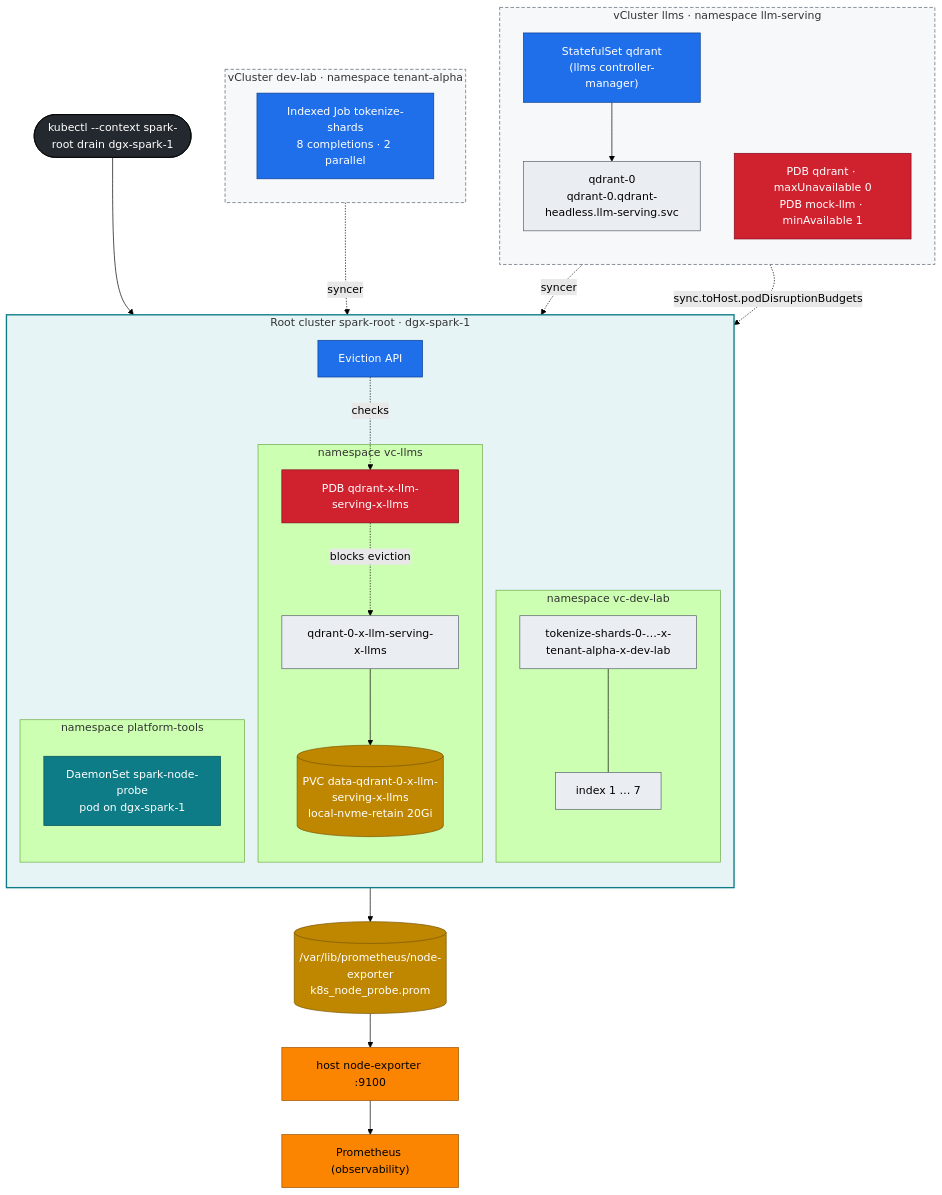
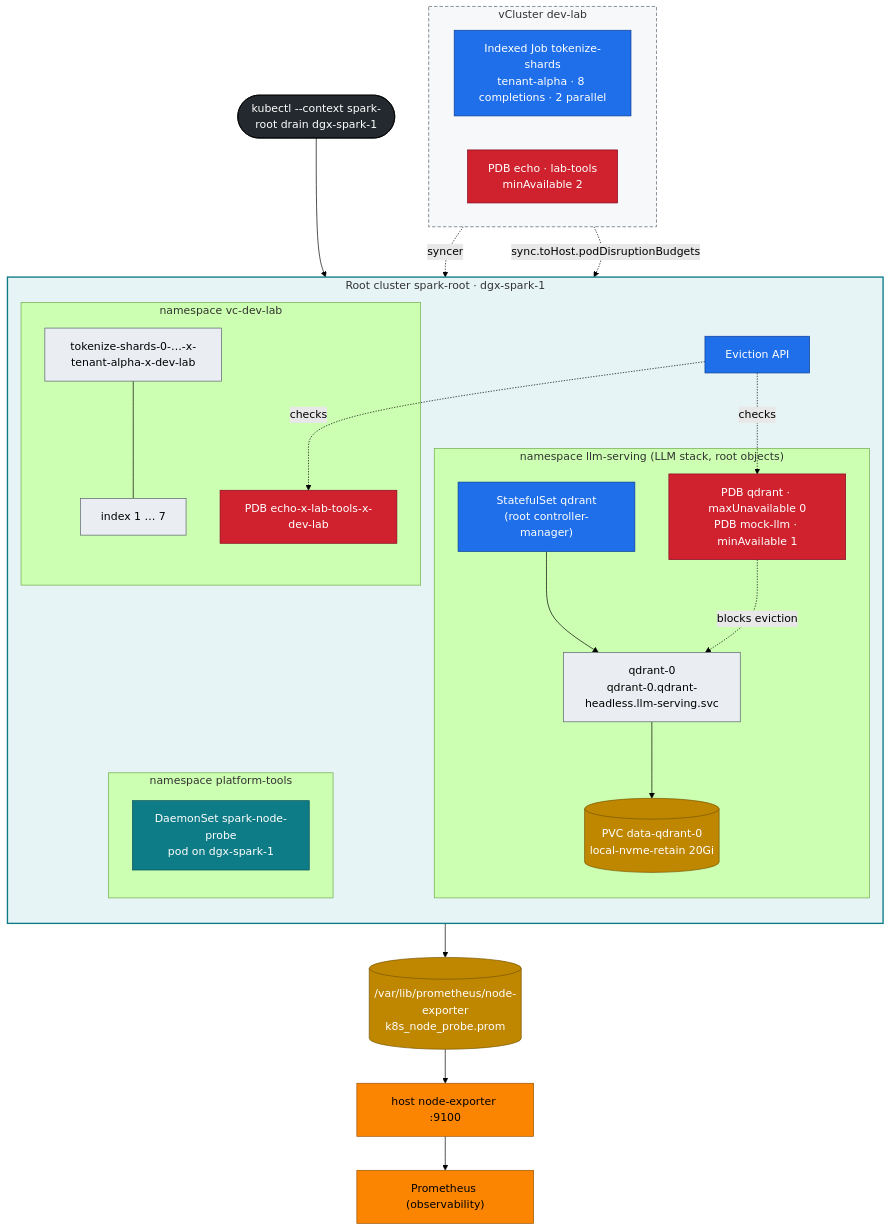
Before and after one commit to cloudone365/technical-depth: the diagram in 02-Kubernetes/12-advanced-workload-controllers.md, drawn with Mermaid (forest theme). The commit also changed other lines of this file and 58 other files, not shown here.

First line of the commit message:
Docs: dev-llms sandbox vCluster, LLM stack on the root, shared ~90 GiB pool, headless DGX OS

````diff
--- a/02-Kubernetes/12-advanced-workload-controllers.md
+++ b/02-Kubernetes/12-advanced-workload-controllers.md
@@ -44,51 +45,48 @@
 ```mermaid
 flowchart TB
-  subgraph LLMS["vCluster llms · namespace llm-serving"]
-    direction TB
-    STS["StatefulSet qdrant<br/>(llms controller-manager)"] --> Q0V["qdrant-0<br/>qdrant-0.qdrant-headless.llm-serving.svc"]
-    PDBV["PDB qdrant · maxUnavailable 0<br/>PDB mock-llm · minAvailable 1"]
-  end
-  subgraph DEV["vCluster dev-lab · namespace tenant-alpha"]
+  subgraph DEV["vCluster dev-lab"]
     direction LR
-    JOB["Indexed Job tokenize-shards<br/>8 completions · 2 parallel"]
+    JOB["Indexed Job tokenize-shards<br/>tenant-alpha · 8 completions · 2 parallel"]
+    PDBV["PDB echo · lab-tools<br/>minAvailable 2"]
   end
   subgraph ROOT["Root cluster spark-root · dgx-spark-1"]
     direction TB
-    subgraph VCL["namespace vc-llms"]
-      Q0["qdrant-0-x-llm-serving-x-llms"] --> PVC0[("PVC data-qdrant-0-x-llm-serving-x-llms<br/>local-nvme-retain 20Gi")]
-      PDBR["PDB qdrant-x-llm-serving-x-llms"]
+    subgraph LS["namespace llm-serving (LLM stack, root objects)"]
+      STS["StatefulSet qdrant<br/>(root controller-manager)"] --> Q0["qdrant-0<br/>qdrant-0.qdrant-headless.llm-serving.svc"]
+      Q0 --> PVC0[("PVC data-qdrant-0<br/>local-nvme-retain 20Gi")]
+      PDBR["PDB qdrant · maxUnavailable 0<br/>PDB mock-llm · minAvailable 1"]
     end
     subgraph VCD["namespace vc-dev-lab"]
       I0["tokenize-shards-0-…-x-tenant-alpha-x-dev-lab"] --- I1["index 1 … 7"]
+      PDBT["PDB echo-x-lab-tools-x-dev-lab"]
     end
     subgraph PT["namespace platform-tools"]
       NP1["DaemonSet spark-node-probe<br/>pod on dgx-spark-1"]
     end
     EVICT["Eviction API"]
   end
-  Q0V -. "syncer" .-> Q0
-  PDBV -. "sync.toHost.podDisruptionBudgets" .-> PDBR
   JOB -. "syncer" .-> I0
+  PDBV -. "sync.toHost.podDisruptionBudgets" .-> PDBT
   NP1 --> TF[("/var/lib/prometheus/node-exporter<br/>k8s_node_probe.prom")]
   TF --> NE["host node-exporter :9100"] --> PROM["Prometheus (observability)"]
   DRAIN(["kubectl --context spark-root drain dgx-spark-1"]) --> EVICT
   EVICT -. "checks" .-> PDBR
+  EVICT -. "checks" .-> PDBT
   PDBR -. "blocks eviction" .-> Q0
   classDef ctrl fill:#1f6feb,stroke:#0b3d91,color:#fff
   classDef store fill:#bf8700,stroke:#7a5600,color:#fff
   classDef obs fill:#fb8500,stroke:#9a5200,color:#000
   classDef sec fill:#cf222e,stroke:#82071e,color:#fff
   classDef tenant fill:#eaeef2,stroke:#57606a,color:#000
   classDef node fill:#0e7c86,stroke:#064e54,color:#fff
   classDef ext fill:#24292f,stroke:#000,color:#fff
   class STS,JOB,EVICT ctrl
   class PVC0,TF store
   class NE,PROM obs
-  class PDBV,PDBR sec
-  class Q0V,Q0,I0,I1 tenant
+  class PDBV,PDBR,PDBT sec
+  class Q0,I0,I1 tenant
   class NP1 node
   class DRAIN ext
   style ROOT fill:#e6f4f5,stroke:#0e7c86,stroke-width:2px
-  style LLMS fill:#f6f8fa,stroke:#57606a,stroke-dasharray:5 3
   style DEV fill:#f6f8fa,stroke:#57606a,stroke-dasharray:5 3
 ```
````
